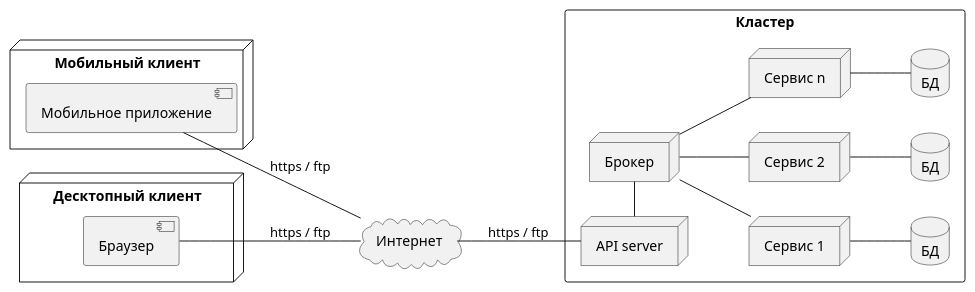
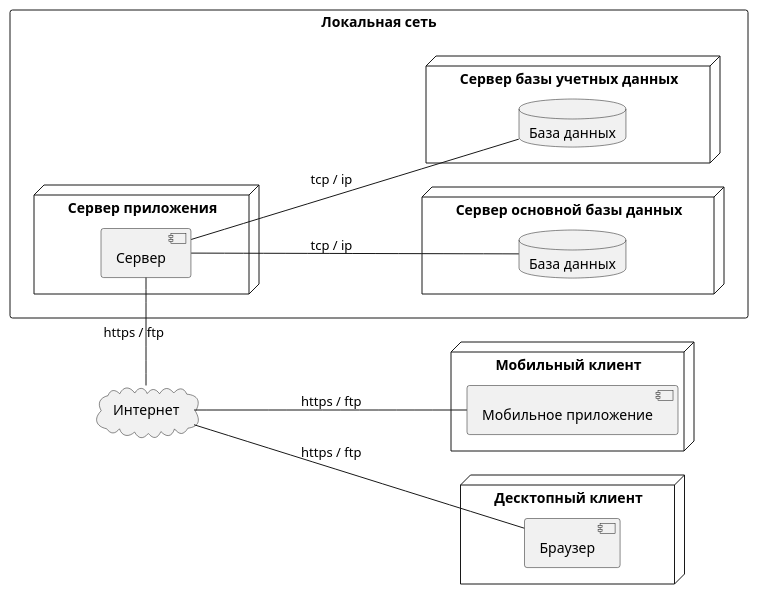
One commit to astu-app/ASTU-Bulletin-Board-Server changed the diagram in doc/Диаграммы/deployment.puml. Above: the diagram before and after it, drawn with PlantUML.

Commit message:
переделал диаграмму развертывания под монолитную архитектуру

```diff
--- a/doc/Диаграммы/deployment.puml
+++ b/doc/Диаграммы/deployment.puml
@@ -1,42 +1,35 @@
 @startuml
 'https://plantuml.com/deployment-diagram
 
 left to right direction
 
-rectangle "Кластер" as cluster {
-    node "API server" as api_server
-    node "Брокер" as broker
-    api_server -right- broker
+rectangle "Локальная сеть" {
+    node "Сервер приложения" as server_node {
+        component "Сервер" as app_server
+    }
     
-    node "Сервис 1" as service_1
-    broker -- service_1
-    database "БД" as db_1 
-    service_1 -- db_1
+    node "Сервер основной базы данных" {
+        database "База данных" as announcements_db
+    }
+    app_server -- announcements_db : tcp / ip
     
-    
-    node "Сервис 2" as service_2
-    broker -- service_2
-    database "БД" as db_2 
-    service_2 -- db_2
-        
-    node "Сервис n" as service_n
-    broker -- service_n
-    database "БД" as db_n 
-    service_n -- db_n
-    
+    node "Сервер базы учетных данных" {
+        database "База данных" as accounts_db
+    }
+    app_server -- accounts_db : tcp / ip
 }
 
 cloud "Интернет" as internet
-api_server -up- internet : https / ftp
+app_server -left- internet : https / ftp
 
 node "Мобильный клиент" as mobile_client {
     component "Мобильное приложение" as mobile_app
 }
-internet -up- mobile_app : https / ftp
+internet -- mobile_app : https / ftp
 
 node "Десктопный клиент" as desktop_client {
     component "Браузер" as browser
 }
-internet -up- browser : https / ftp
+internet -- browser : https / ftp
 
 @enduml
```
